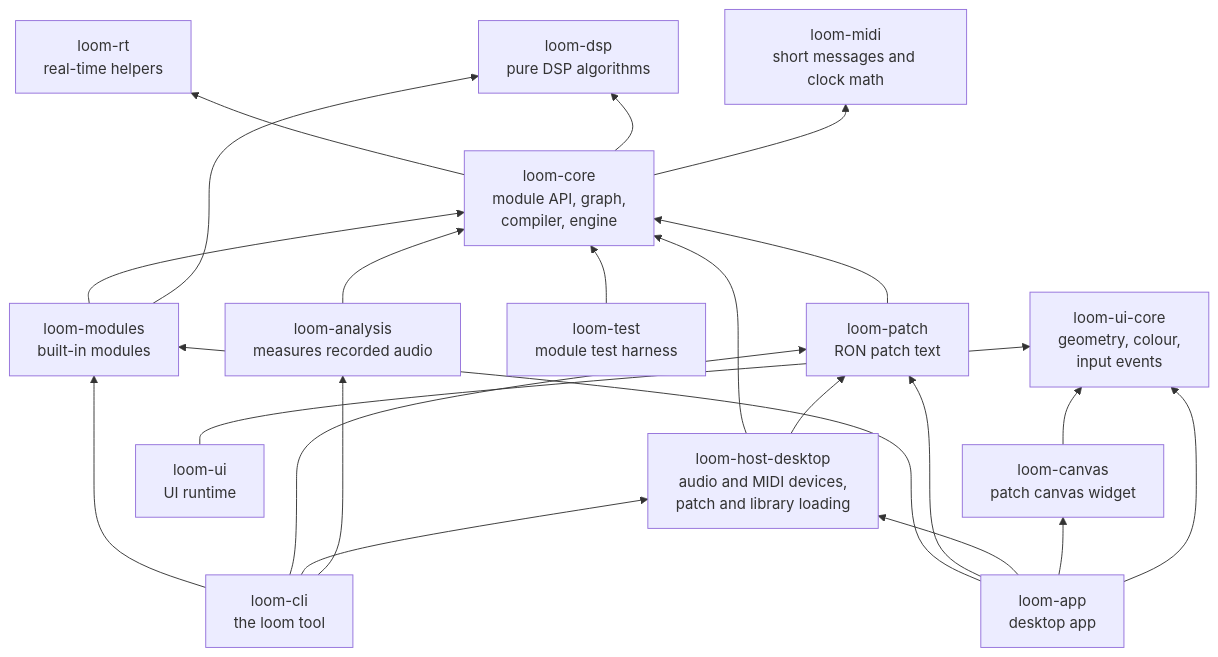
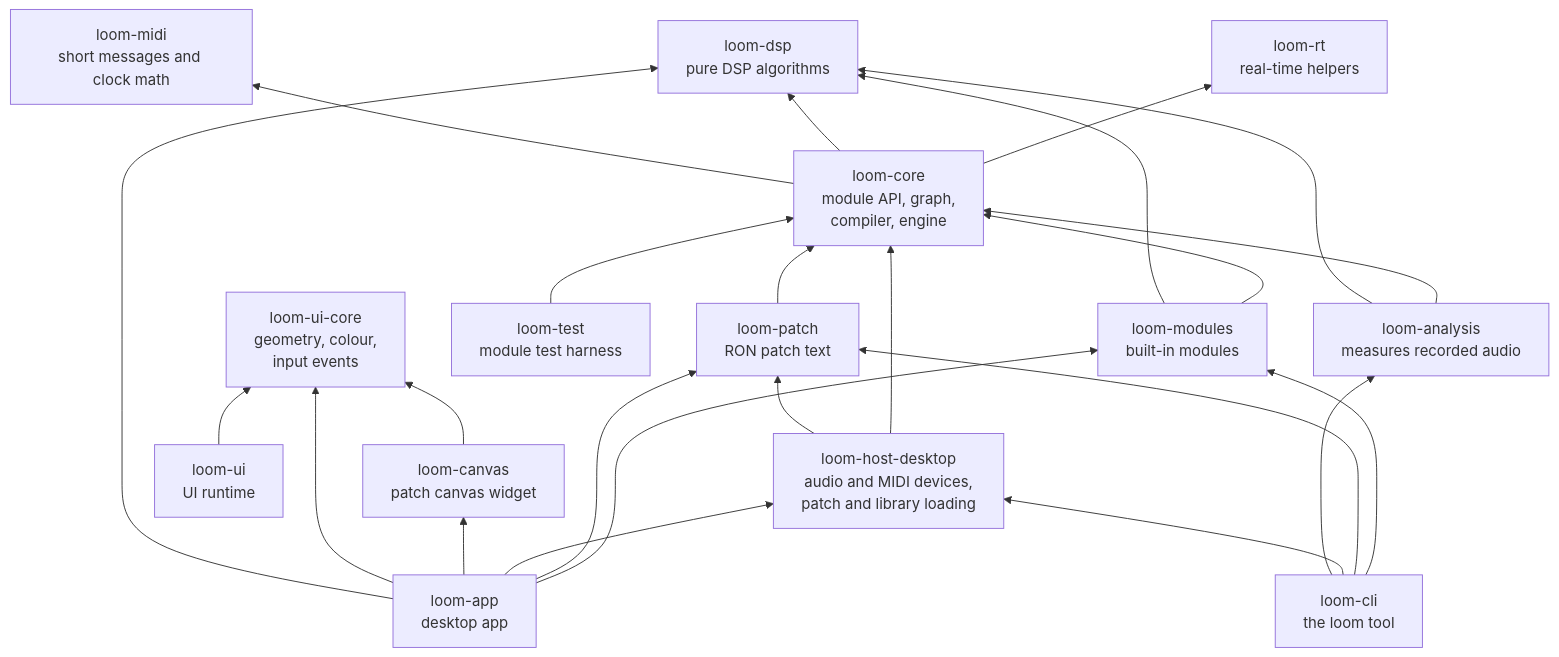
The first of 2 diagrams in docs/dev/architecture.md (brylie/LoomDSP), drawn with Mermaid before and after one commit. The commit also changed other lines of this file and 89 other files, not shown here.

````diff
--- a/docs/dev/architecture.md
+++ b/docs/dev/architecture.md
@@ -7,28 +7,28 @@
 ```mermaid
 flowchart BT
     rt[loom-rt<br/>real-time helpers]
     dsp[loom-dsp<br/>pure DSP algorithms]
     midi[loom-midi<br/>short messages and clock math]
     core[loom-core<br/>module API, graph,<br/>compiler, engine]
     modules[loom-modules<br/>built-in modules]
     patch[loom-patch<br/>RON patch text]
     test[loom-test<br/>module test harness]
     analysis[loom-analysis<br/>measures recorded audio]
     host[loom-host-desktop<br/>audio and MIDI devices,<br/>patch and library loading]
     uicore[loom-ui-core<br/>geometry, colour,<br/>input events]
     ui[loom-ui<br/>UI runtime]
     canvas[loom-canvas<br/>patch canvas widget]
     cli[loom-cli<br/>the loom tool]
     app[loom-app<br/>desktop app]
 
     core --> rt & dsp & midi
     modules --> core & dsp
     patch --> core
     test --> core
-    analysis --> core
+    analysis --> core & dsp
     host --> core & patch
     cli --> modules & patch & host & analysis
     canvas --> uicore
     ui --> uicore
-    app --> modules & patch & host & canvas & uicore
+    app --> modules & patch & host & canvas & uicore & dsp
 ```
````
